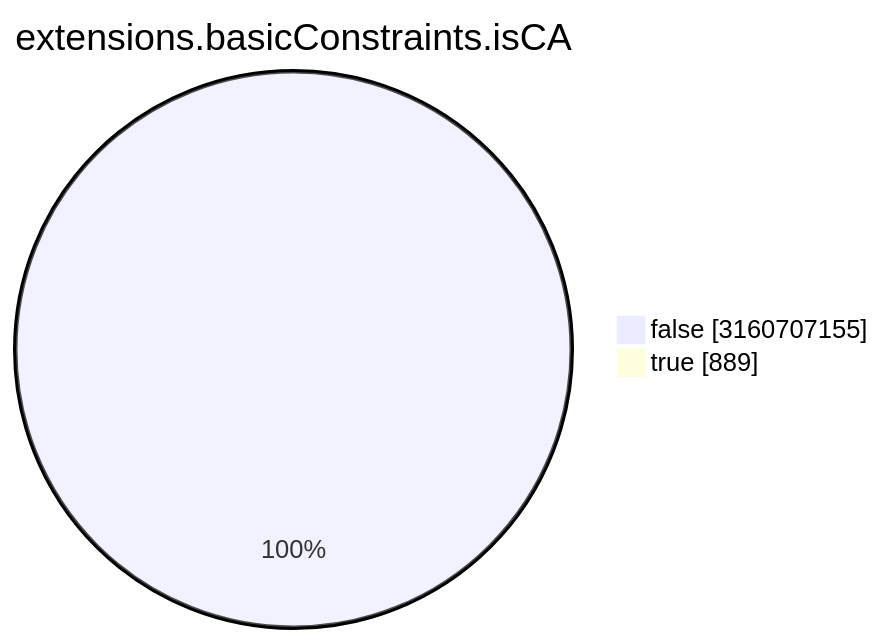
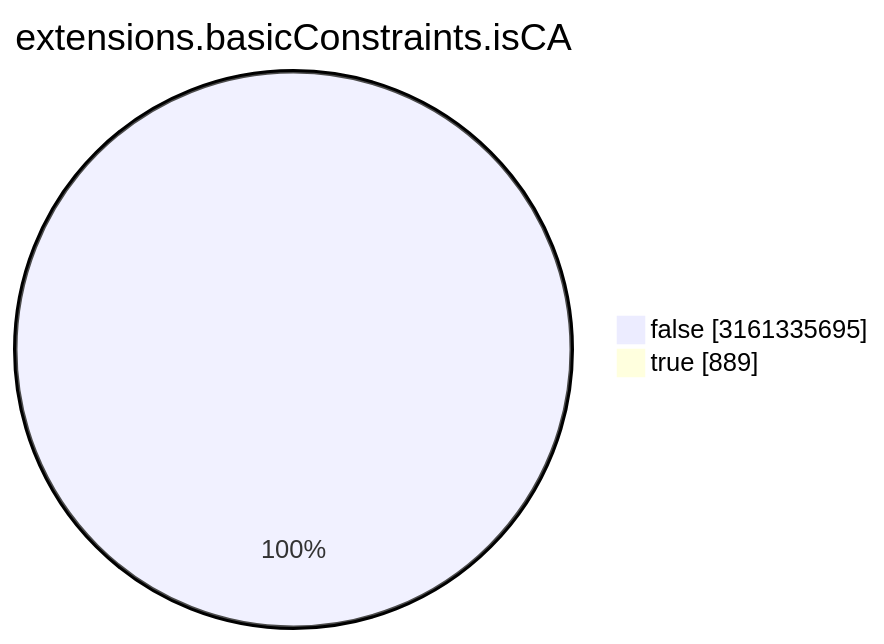
The seventh of 15 diagrams in TOTAL/README.md (christiankrug/ctmonitor_visualization), drawn with Mermaid before and after one commit. The commit also changed other lines of this file, not shown here.

````diff
--- a/TOTAL/README.md
+++ b/TOTAL/README.md
@@ -3088,6 +3088,6 @@
 ```mermaid
 pie showData
 title extensions.basicConstraints.isCA
-"false" :3160707155
+"false" :3161335695
 "true" :889
 ```
````
